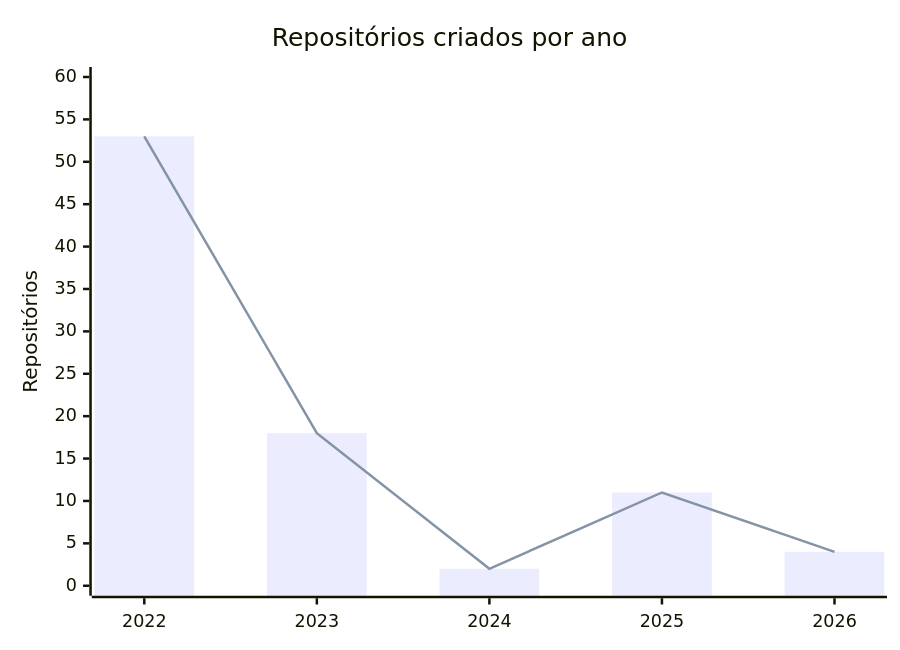
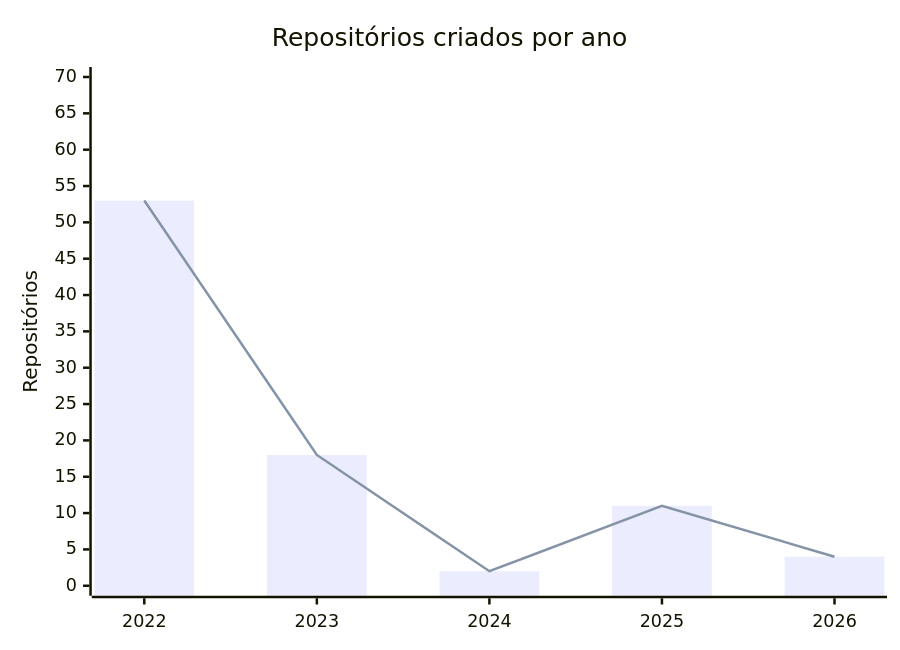
Before and after one commit to k3vinrich4rd/k3vinrich4rd: the ninth of 12 diagrams in README.md, drawn with Mermaid. The commit also changed other lines of this file and 16 other files, not shown here.

````diff
--- a/README.md
+++ b/README.md
@@ -430,8 +528,8 @@
 ```mermaid
 xychart-beta
     title "Repositórios criados por ano"
     x-axis [2022, 2023, 2024, 2025, 2026]
-    y-axis "Repositórios" 0 --> 60
+    y-axis "Repositórios" 0 --> 70
     bar [53, 18, 2, 11, 4]
     line [53, 18, 2, 11, 4]
 ```
````
